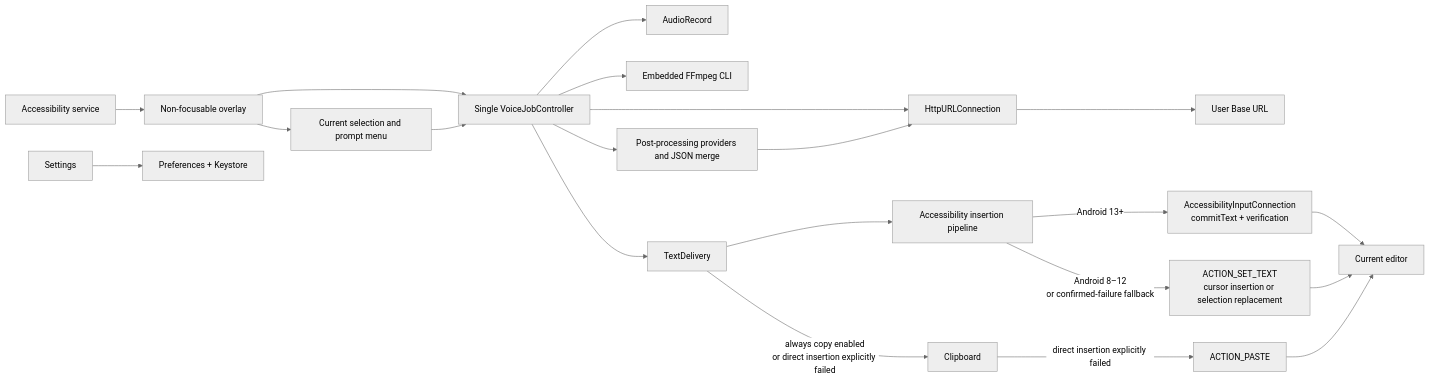
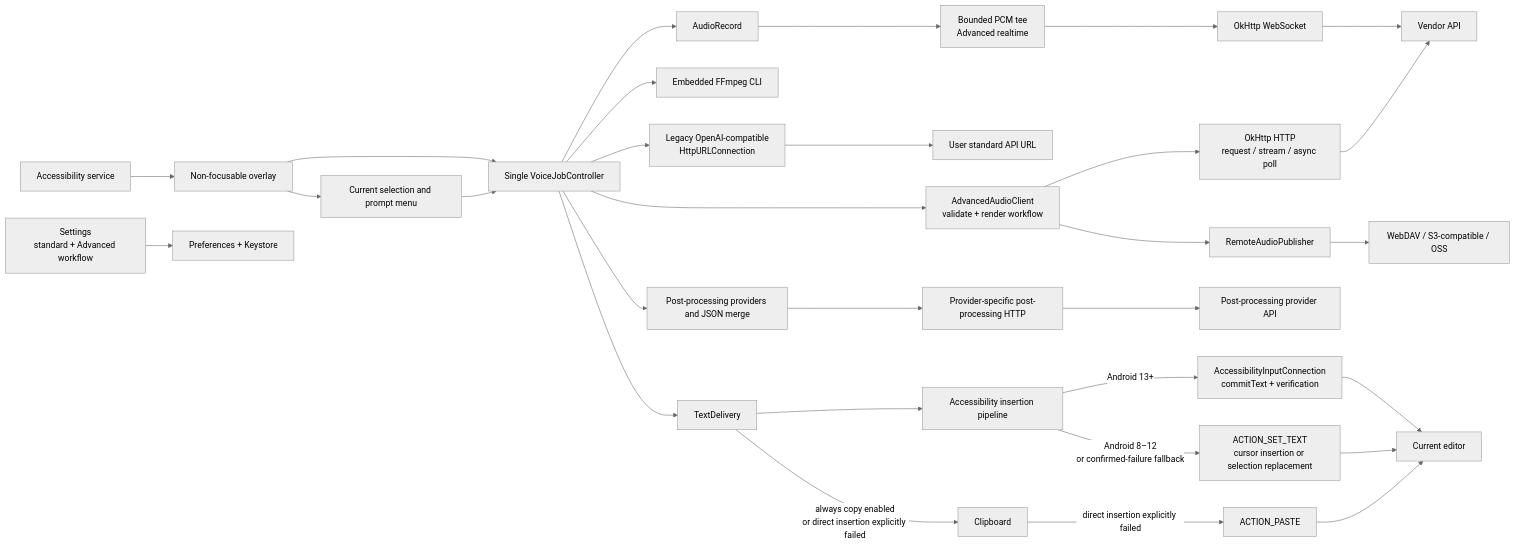
One commit to Joey-Kot/Dictate changed the first of 3 diagrams in README.md. Above: the diagram before and after it, drawn with Mermaid (neutral theme). The commit also changed other lines of this file and 103 other files, not shown here.

First line of the commit message:
feat(android): add declarative Advanced Audio API Provider workflows

````diff
--- a/README.md
+++ b/README.md
@@ -69,23 +68,32 @@
 ```mermaid
 flowchart LR
   A["Accessibility service"] --> B["Non-focusable overlay"]
   B --> C["Single VoiceJobController"]
   B --> L["Current selection and prompt menu"]
   L --> C
   C --> D["AudioRecord"]
   C --> E["Embedded FFmpeg CLI"]
-  C --> F["HttpURLConnection"]
-  F --> G["User Base URL"]
+  C --> F["Legacy OpenAI-compatible<br/>HttpURLConnection"]
+  F --> G["User standard API URL"]
+  C --> AA["AdvancedAudioClient<br/>validate + render workflow"]
+  AA --> OH["OkHttp HTTP<br/>request / stream / async poll"]
+  OH --> V["Vendor API"]
+  AA --> RA["RemoteAudioPublisher"]
+  RA --> RS["WebDAV / S3-compatible / OSS"]
+  D --> RT["Bounded PCM tee<br/>Advanced realtime"]
+  RT --> WS["OkHttp WebSocket"]
+  WS --> V
   C --> H["Post-processing providers and JSON merge"]
-  H --> F
+  H --> PH["Provider-specific post-processing HTTP"]
+  PH --> PV["Post-processing provider API"]
   C --> T["TextDelivery"]
   T --> W["Accessibility insertion pipeline"]
   W -->|"Android 13+"| M["AccessibilityInputConnection<br/>commitText + verification"]
   W -->|"Android 8–12<br/>or confirmed-failure fallback"| S["ACTION_SET_TEXT<br/>cursor insertion or selection replacement"]
   M --> X["Current editor"]
   S --> X
   T -->|"always copy enabled<br/>or direct insertion explicitly failed"| I["Clipboard"]
   I -->|"direct insertion explicitly failed"| P["ACTION_PASTE"]
   P --> X
-  J["Settings"] --> K["Preferences + Keystore"]
+  J["Settings<br/>standard + Advanced workflow"] --> K["Preferences + Keystore"]
 ```
````
